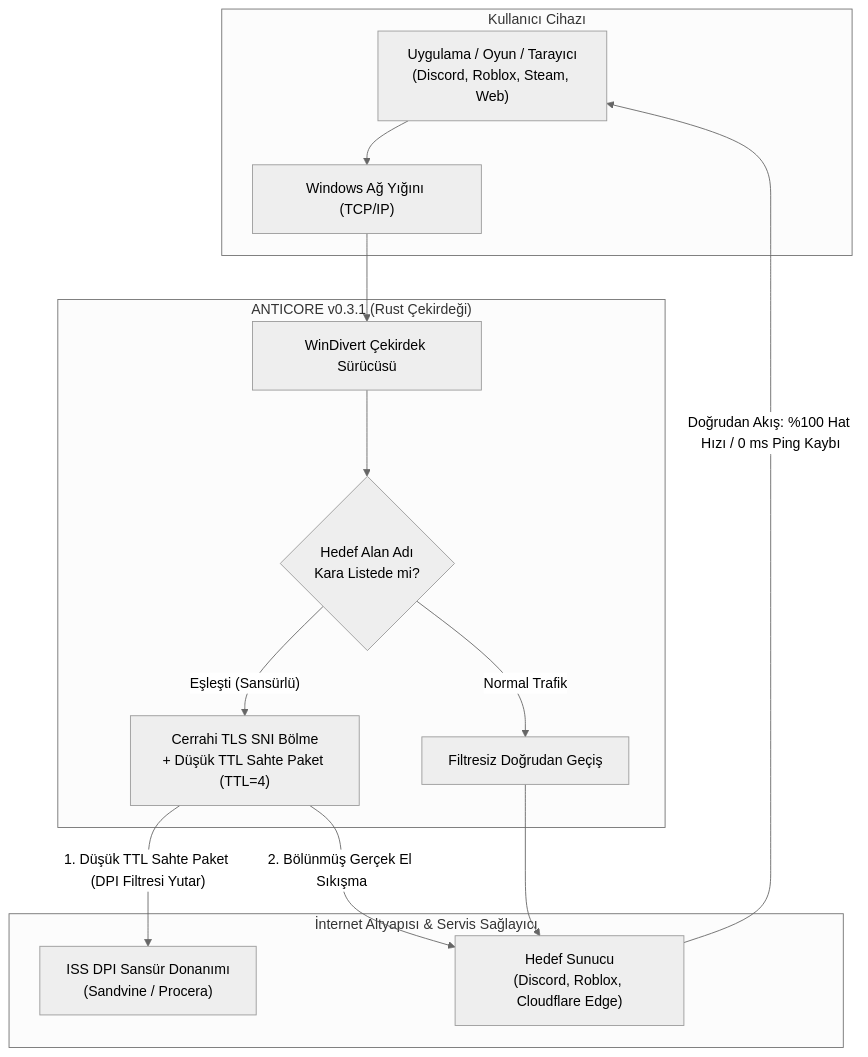
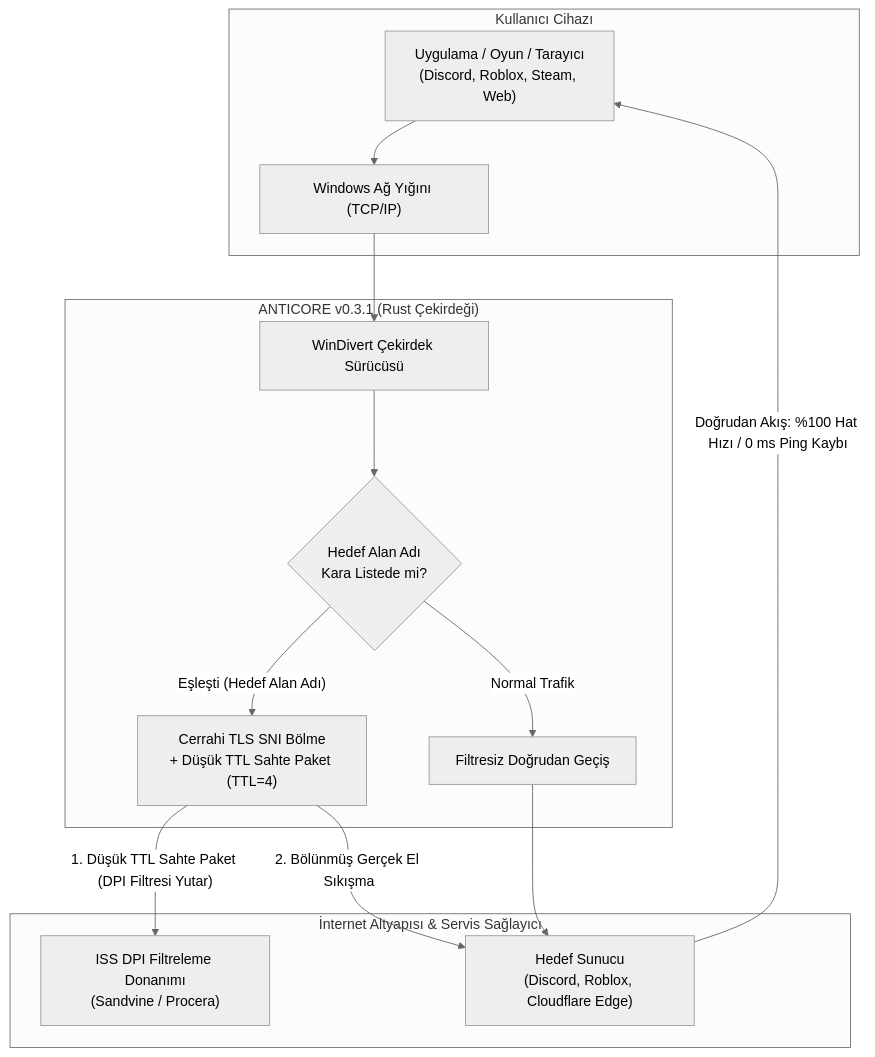
One commit to MonarchDevLab/Anticore changed the diagram in README.md. Above: the diagram before and after it, drawn with Mermaid (neutral theme). The commit also changed other lines of this file and 16 other files, not shown here.

````diff
--- a/README.md
+++ b/README.md
@@ -439,29 +439,29 @@
 ```mermaid
 flowchart TD
     subgraph Client["Kullanıcı Cihazı"]
         App["Uygulama / Oyun / Tarayıcı\n(Discord, Roblox, Steam, Web)"]
         TCPIP["Windows Ağ Yığını (TCP/IP)"]
     end
 
     subgraph AnticoreEngine["ANTICORE v0.3.1 (Rust Çekirdeği)"]
         WD["WinDivert Çekirdek Sürücüsü"]
         Check{"Hedef Alan Adı\nKara Listede mi?"}
         Manip["Cerrahi TLS SNI Bölme\n+ Düşük TTL Sahte Paket (TTL=4)"]
         Bypass["Filtresiz Doğrudan Geçiş"]
     end
 
     subgraph Net["İnternet Altyapısı & Servis Sağlayıcı"]
-        ISP["ISS DPI Sansür Donanımı\n(Sandvine / Procera)"]
+        ISP["ISS DPI Filtreleme Donanımı\n(Sandvine / Procera)"]
         Target["Hedef Sunucu\n(Discord, Roblox, Cloudflare Edge)"]
     end
 
     App --> TCPIP
     TCPIP --> WD
     WD --> Check
-    Check -- "Eşleşti (Sansürlü)" --> Manip
+    Check -- "Eşleşti (Hedef Alan Adı)" --> Manip
     Check -- "Normal Trafik" --> Bypass
     Manip -- "1. Düşük TTL Sahte Paket (DPI Filtresi Yutar)" --> ISP
     Manip -- "2. Bölünmüş Gerçek El Sıkışma" --> Target
     Bypass --> Target
     Target -->|"Doğrudan Akış: %100 Hat Hızı / 0 ms Ping Kaybı"| App
 ```
````
